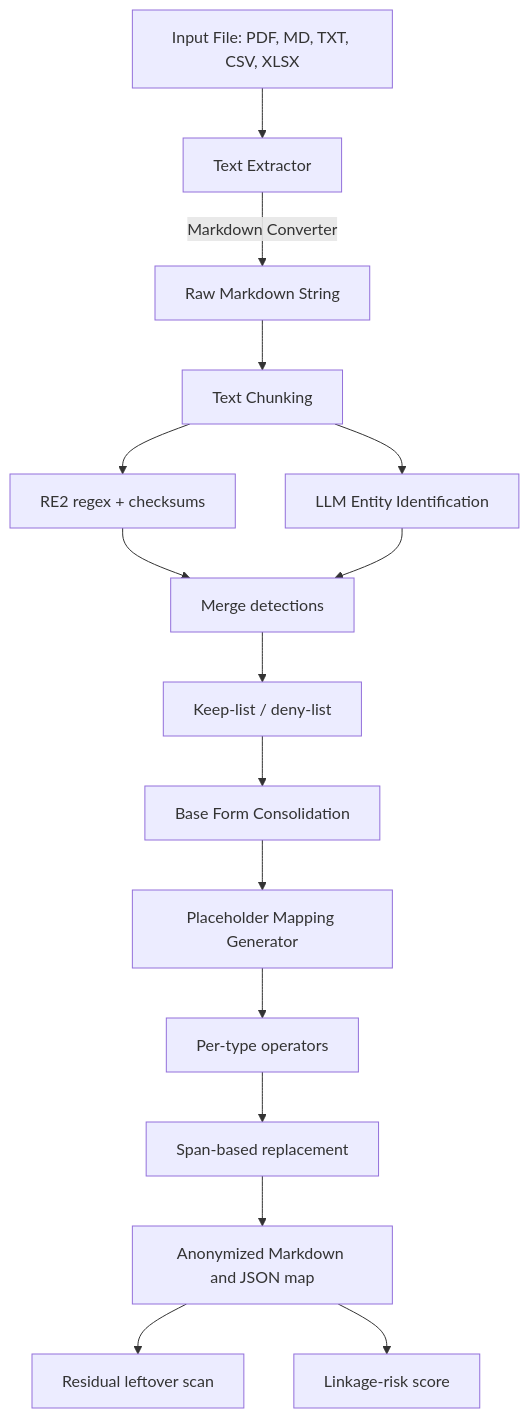
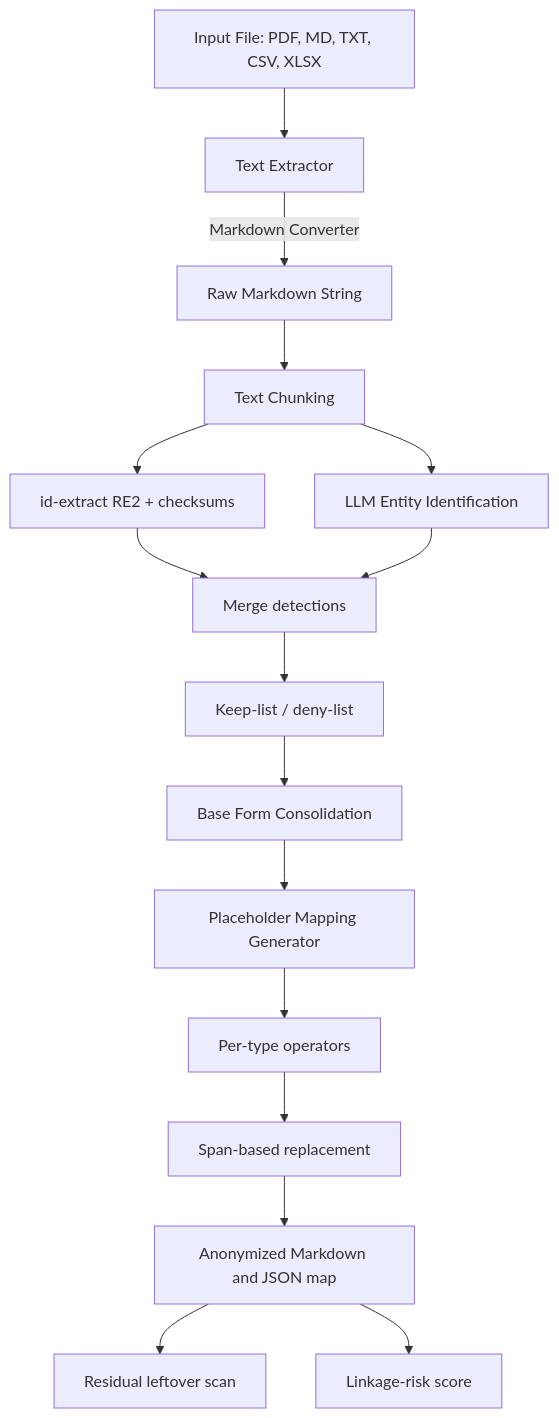
Before and after one commit to leo-gan/anonymizer: the diagram in docs/project/architecture.md, drawn with Mermaid. The commit also changed other lines of this file and 72 other files, not shown here.

First line of the commit message:
Extract regex NER into id-extract (#72)

````diff
--- a/docs/project/architecture.md
+++ b/docs/project/architecture.md
@@ -39,18 +41,18 @@
 ```mermaid
 graph TD
     File[Input File: PDF, MD, TXT, CSV, XLSX] --> Ext[Text Extractor]
     Ext -->|Markdown Converter| RawMD[Raw Markdown String]
     RawMD --> Chunk[Text Chunking]
-    Chunk --> Regex[RE2 regex + checksums]
+    Chunk --> Regex[id-extract RE2 + checksums]
     Chunk --> LLM[LLM Entity Identification]
     Regex --> Merge[Merge detections]
     LLM --> Merge
     Merge --> Gaz[Keep-list / deny-list]
     Gaz --> Cons[Base Form Consolidation]
     Cons --> MapGen[Placeholder Mapping Generator]
     MapGen --> Ops[Per-type operators]
     Ops --> Repl[Span-based replacement]
     Repl --> Output[Anonymized Markdown and JSON map]
     Output --> Verify[Residual leftover scan]
     Output --> Risk[Linkage-risk score]
 ```
````
